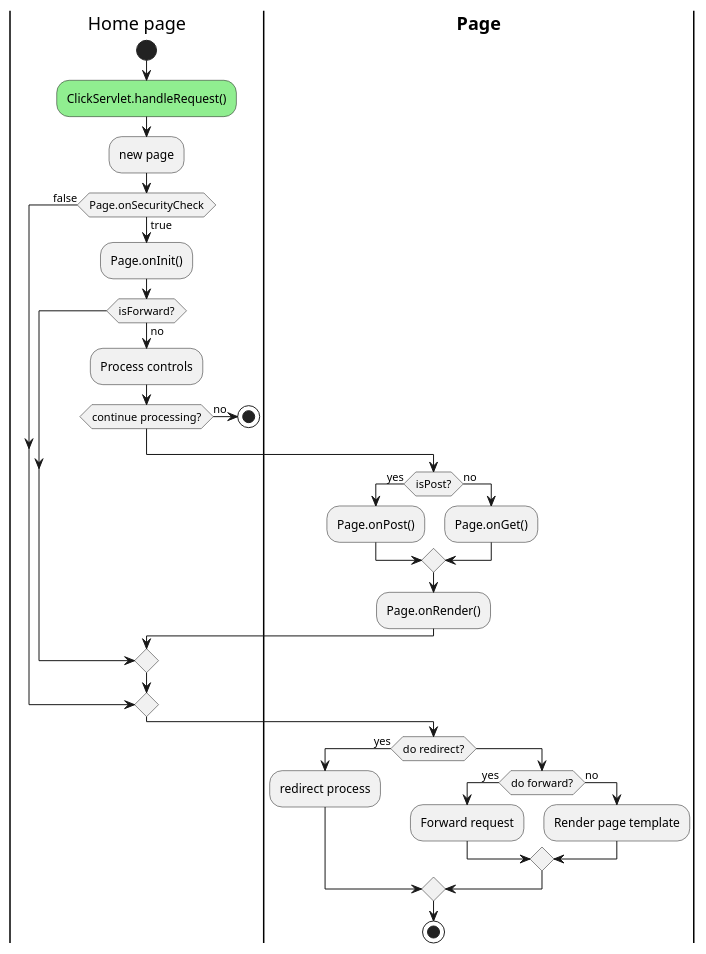
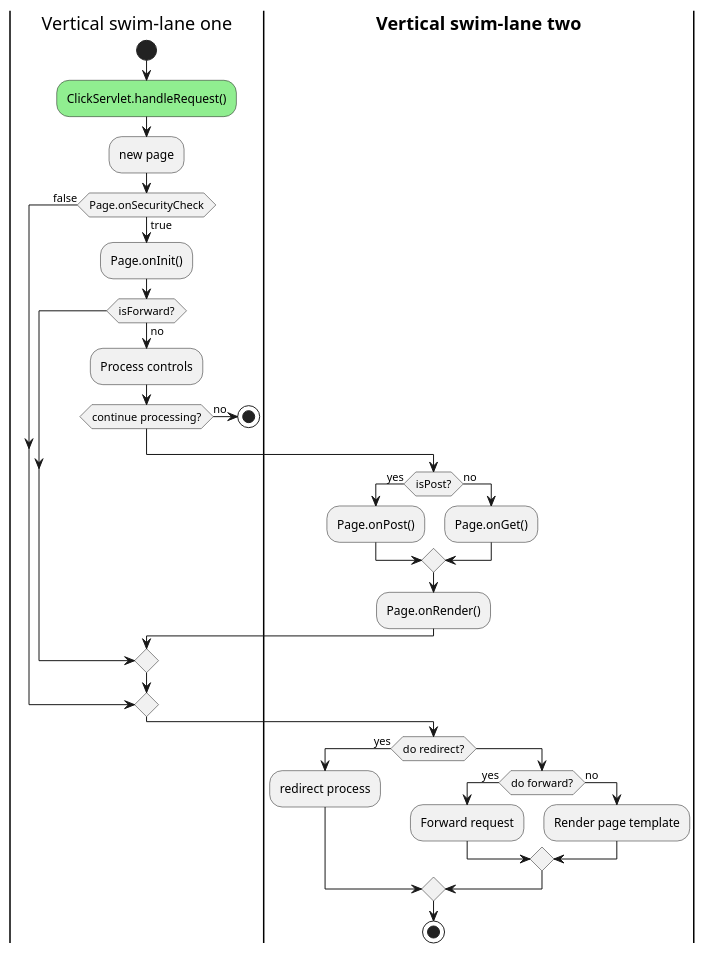
The diagram in docs/uml/PlantUML/activity-diagram/activity.puml (MehmoodHashmi/Documentation-as-Code-DaC), drawn with PlantUML before and after one commit. The commit also changed 5 other files, not shown here.

```diff
--- a/docs/uml/PlantUML/activity-diagram/activity.puml
+++ b/docs/uml/PlantUML/activity-diagram/activity.puml
@@ -1,42 +1,42 @@
 @startuml
 'https://plantuml.com/activity-diagram-beta
 
-|Home page|
+|Vertical swim-lane one|
 
 start
 #lightgreen :ClickServlet.handleRequest();
 :new page;
 if (Page.onSecurityCheck) then (true)
   :Page.onInit();
   if (isForward?) then (no)
     :Process controls;
     if (continue processing?) then (no)
       stop
     endif
 
-|**Page**|
+|**Vertical swim-lane two**|
 
     if (isPost?) then (yes)
       :Page.onPost();
     else (no)
       :Page.onGet();
     endif
     :Page.onRender();
   endif
 else (false)
 
 endif
 
 if (do redirect?) then (yes)
   :redirect process;
 else
   if (do forward?) then (yes)
     :Forward request;
   else (no)
     :Render page template;
   endif
 endif
 
 stop
 
 @enduml
```
